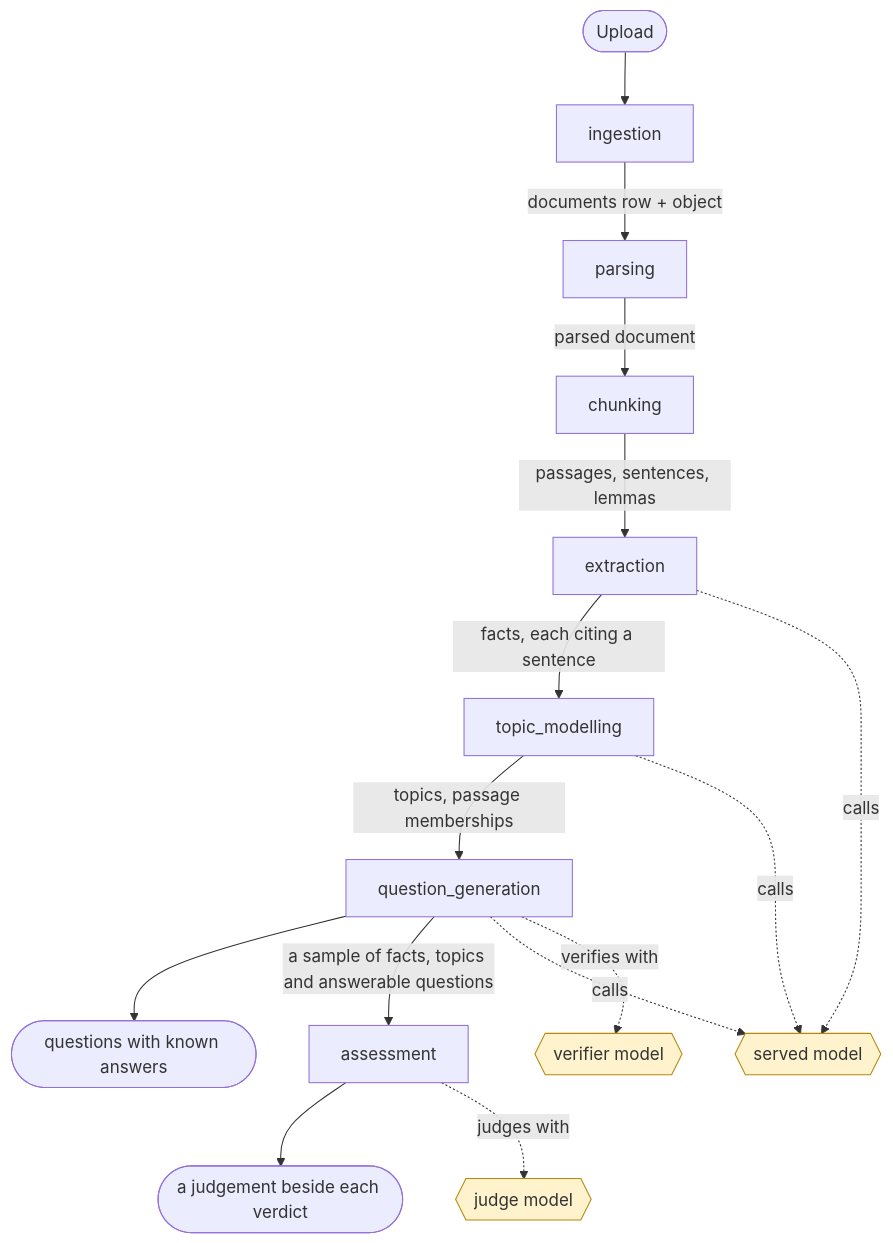
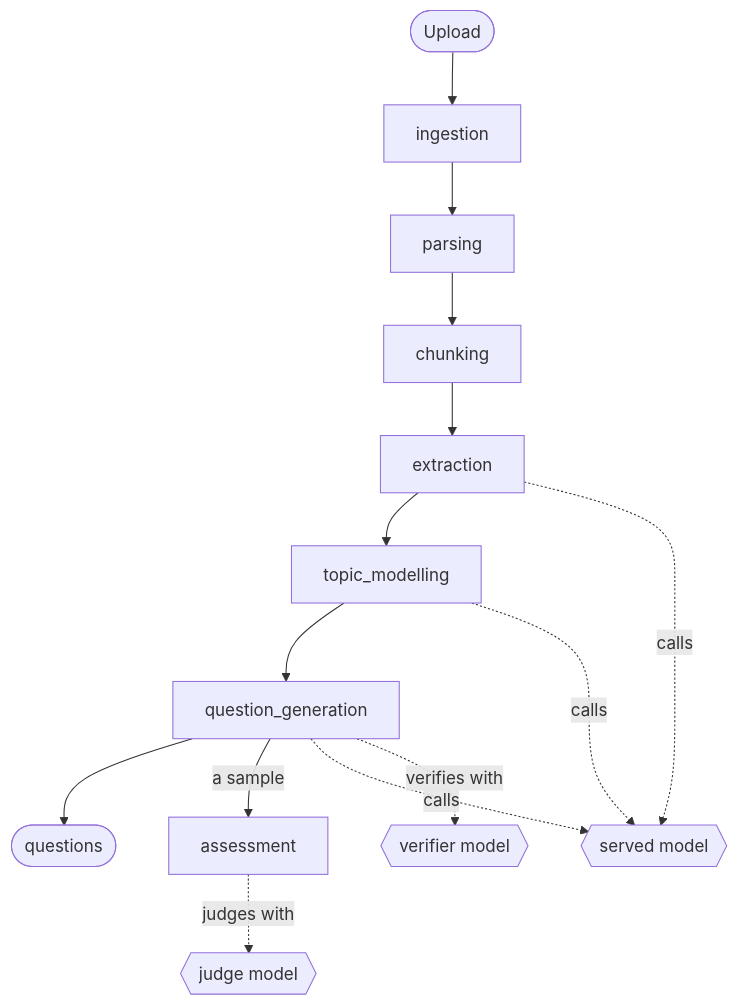
One commit to hazemkhaled-94/faq_generator changed the first of 4 diagrams in docs/architecture.md. Above: the diagram before and after it, drawn with Mermaid. The commit also changed other lines of this file and 1 other file, not shown here.

Commit message:
The architecture page and the design spec are rewritten in shorter, plain prose with the same layers, contracts, settings and tokens

````diff
--- a/docs/architecture.md
+++ b/docs/architecture.md
@@ -13,21 +12,17 @@
 ```mermaid
 flowchart TD
     upload([Upload]) --> ing[ingestion]
-    ing -->|documents row + object| par[parsing]
-    par -->|parsed document| chu[chunking]
-    chu -->|passages, sentences, lemmas| ext[extraction]
-    ext -->|facts, each citing a sentence| top[topic_modelling]
-    top -->|topics, passage memberships| qgn[question_generation]
-    qgn --> out([questions with known answers])
-    qgn -->|a sample of facts, topics and answerable questions| ass[assessment]
-    ass --> opinion([a judgement beside each verdict])
+    ing --> par[parsing]
+    par --> chu[chunking]
+    chu --> ext[extraction]
+    ext --> top[topic_modelling]
+    top --> qgn[question_generation]
+    qgn --> out([questions])
+    qgn -->|a sample| ass[assessment]
 
     ext -.calls.-> llm{{served model}}
     top -.calls.-> llm
     qgn -.calls.-> llm
     qgn -.verifies with.-> vfy{{verifier model}}
     ass -.judges with.-> jdg{{judge model}}
-
-    classDef model fill:#fff3cd,stroke:#b8860b
-    class llm,vfy,jdg model
 ```
````
